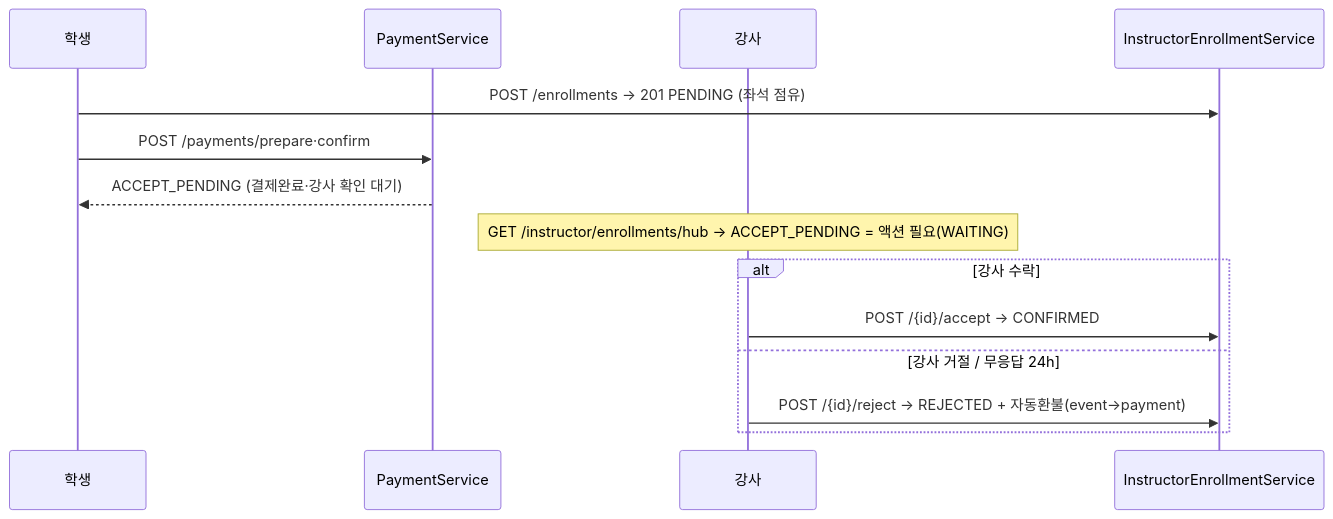
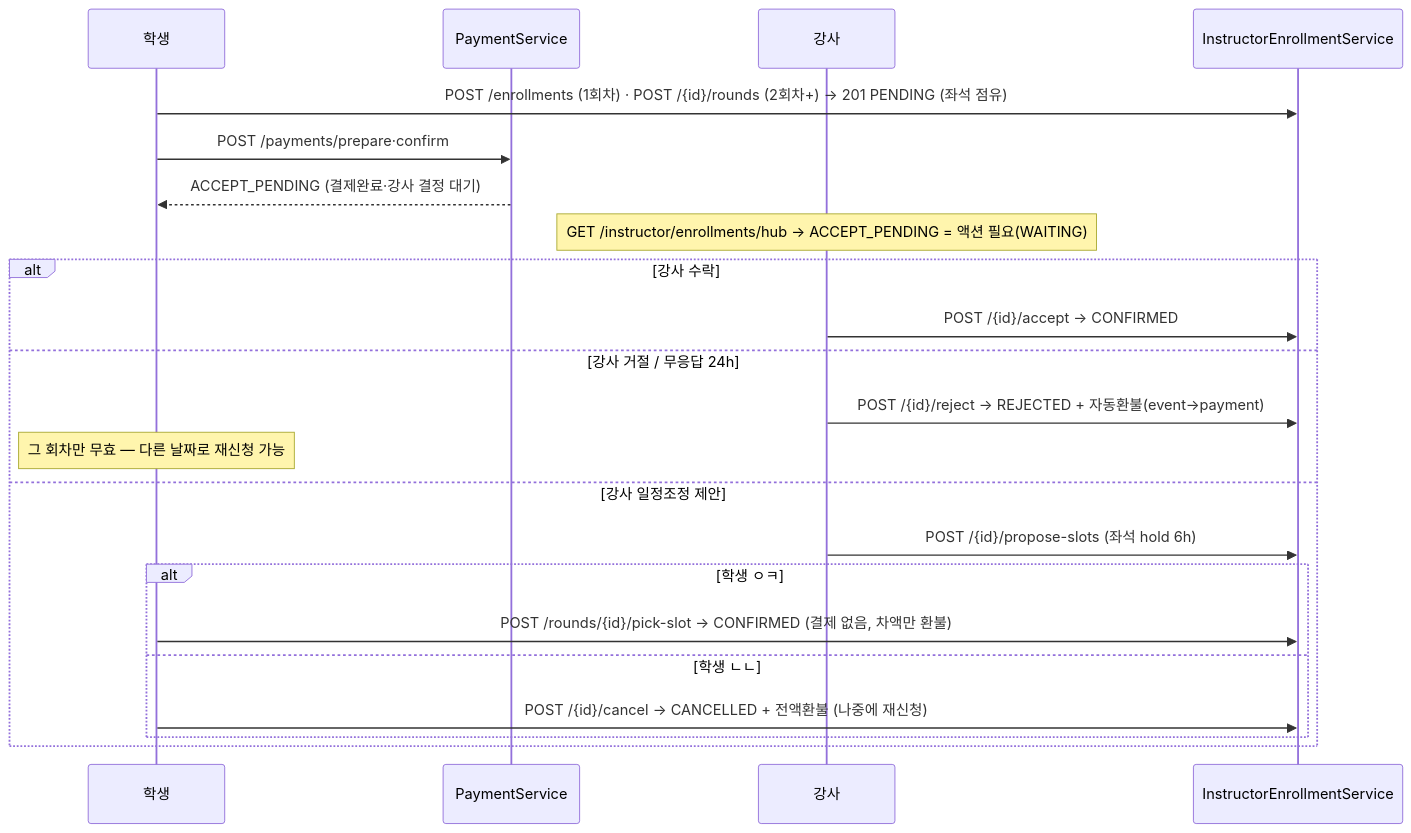
The third of 4 diagrams in docs/architecture/enrollment.md (pungdong/Pungdong-Backend), drawn with Mermaid before and after one commit. The commit also changed other lines of this file and 10 other files, not shown here.

````diff
--- a/docs/architecture/enrollment.md
+++ b/docs/architecture/enrollment.md
@@ -82,17 +89,25 @@
 ```mermaid
 sequenceDiagram
   participant S as 학생
   participant P as PaymentService
   participant I as 강사
   participant IES as InstructorEnrollmentService
 
-  S->>IES: POST /enrollments  → 201 PENDING (좌석 점유)
+  S->>IES: POST /enrollments (1회차) · POST /{id}/rounds (2회차+) → 201 PENDING (좌석 점유)
   S->>P: POST /payments/prepare·confirm
-  P-->>S: ACCEPT_PENDING (결제완료·강사 확인 대기)
+  P-->>S: ACCEPT_PENDING (결제완료·강사 결정 대기)
   Note over I: GET /instructor/enrollments/hub → ACCEPT_PENDING = 액션 필요(WAITING)
   alt 강사 수락
     I->>IES: POST /{id}/accept → CONFIRMED
   else 강사 거절 / 무응답 24h
     I->>IES: POST /{id}/reject → REJECTED + 자동환불(event→payment)
+    Note over S: 그 회차만 무효 — 다른 날짜로 재신청 가능
+  else 강사 일정조정 제안
+    I->>IES: POST /{id}/propose-slots (좌석 hold 6h)
+    alt 학생 ㅇㅋ
+      S->>IES: POST /rounds/{id}/pick-slot → CONFIRMED (결제 없음, 차액만 환불)
+    else 학생 ㄴㄴ
+      S->>IES: POST /{id}/cancel → CANCELLED + 전액환불 (나중에 재신청)
+    end
   end
 ```
````
